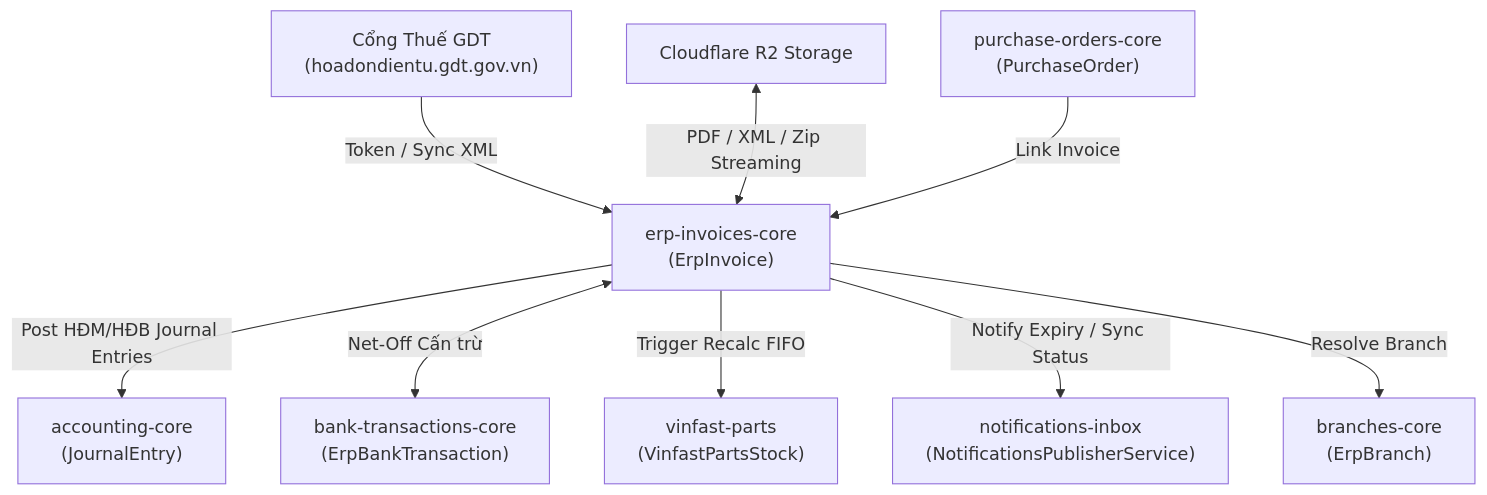
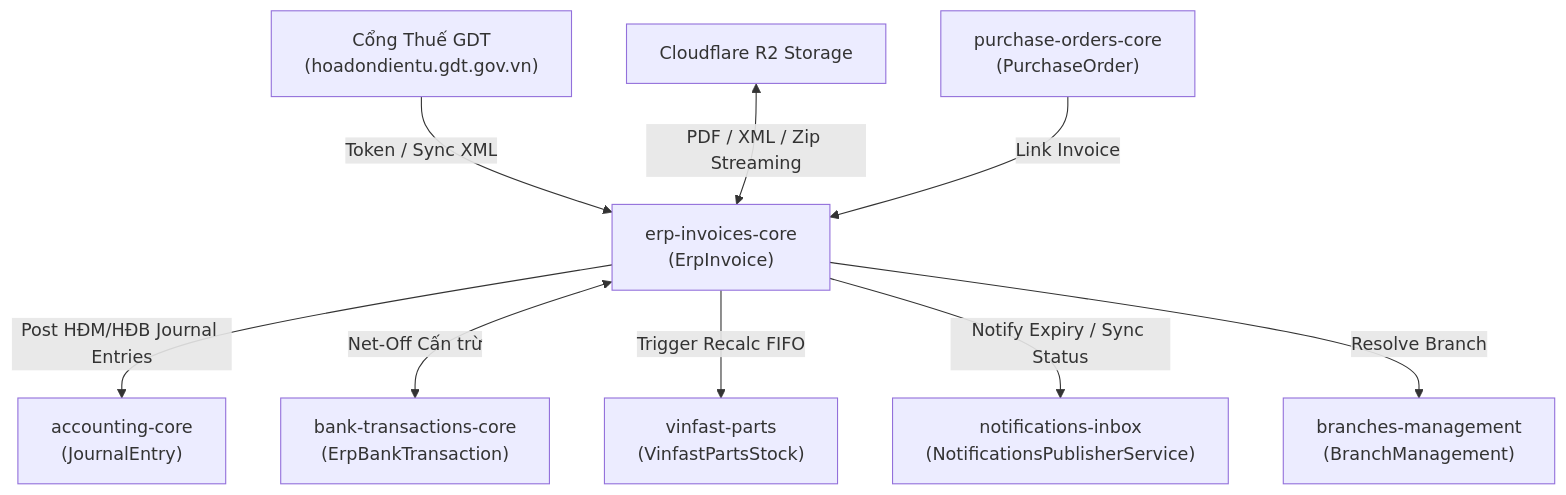
Before and after one commit to kindustries-erp/erp-api: the diagram in .agents/skills/modules/erp-invoice/SKILL.md, drawn with Mermaid. The commit also changed 82 other files, not shown here.

First line of the commit message:
feat(branches): đổi erp_branches thành branches_management (chuẩn v2)

````diff
--- a/.agents/skills/modules/erp-invoice/SKILL.md
+++ b/.agents/skills/modules/erp-invoice/SKILL.md
@@ -626,11 +626,11 @@
 ```mermaid
 graph TD
     GDT["Cổng Thuế GDT<br/>(hoadondientu.gdt.gov.vn)"] -->|Token / Sync XML| INVOICE["erp-invoices-core<br/>(ErpInvoice)"]
     R2["Cloudflare R2 Storage"] <-->|PDF / XML / Zip Streaming| INVOICE
     INVOICE -->|Post HĐM/HĐB Journal Entries| ACC["accounting-core<br/>(JournalEntry)"]
     INVOICE <-->|Net-Off Cấn trừ| BANK["bank-transactions-core<br/>(ErpBankTransaction)"]
     INVOICE -->|Trigger Recalc FIFO| VF["vinfast-parts<br/>(VinfastPartsStock)"]
     INVOICE -->|Notify Expiry / Sync Status| NOTIF["notifications-inbox<br/>(NotificationsPublisherService)"]
-    INVOICE -->|Resolve Branch| BRANCH["branches-core<br/>(ErpBranch)"]
+    INVOICE -->|Resolve Branch| BRANCH["branches-management<br/>(BranchManagement)"]
     PO["purchase-orders-core<br/>(PurchaseOrder)"] -->|Link Invoice| INVOICE
 ```
````
